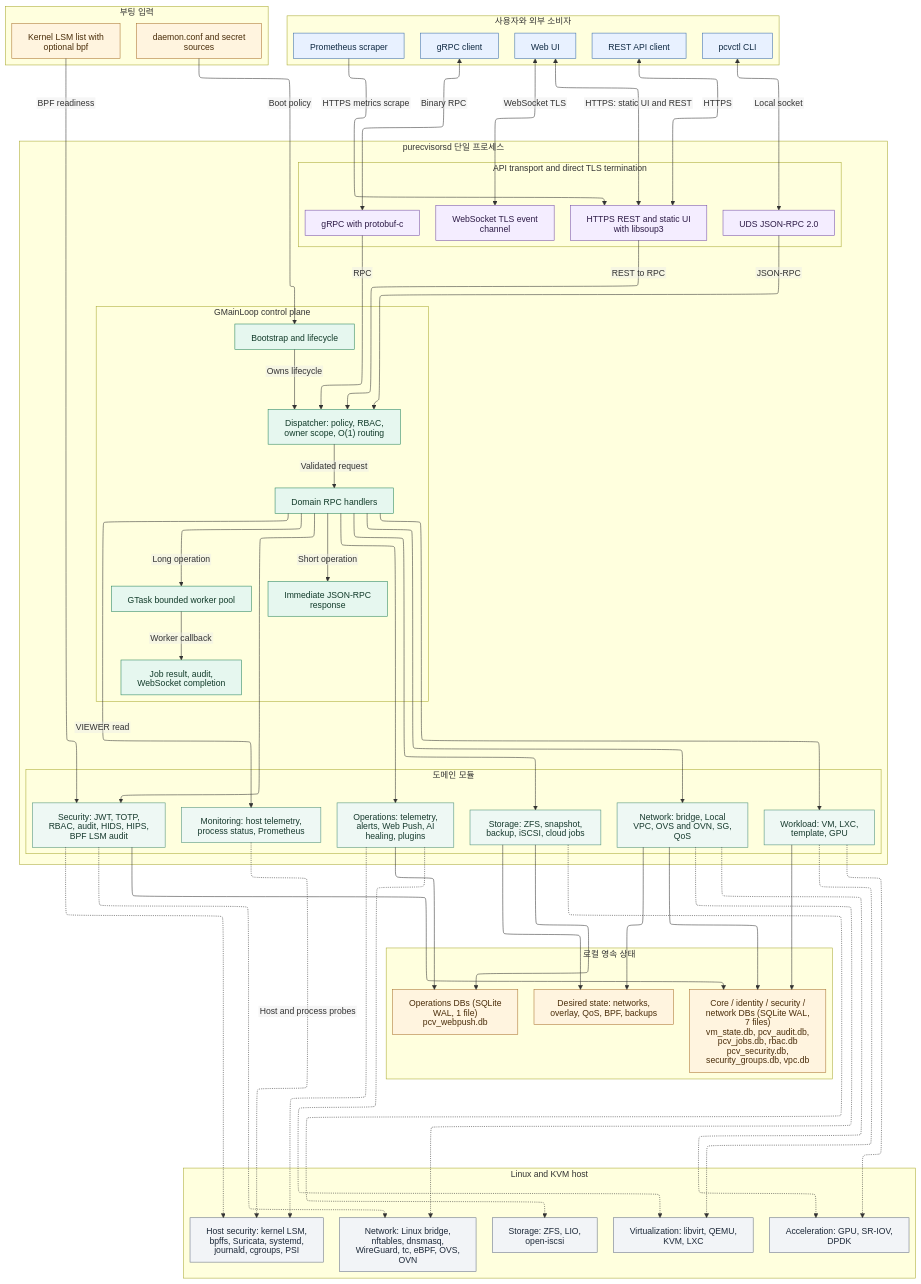
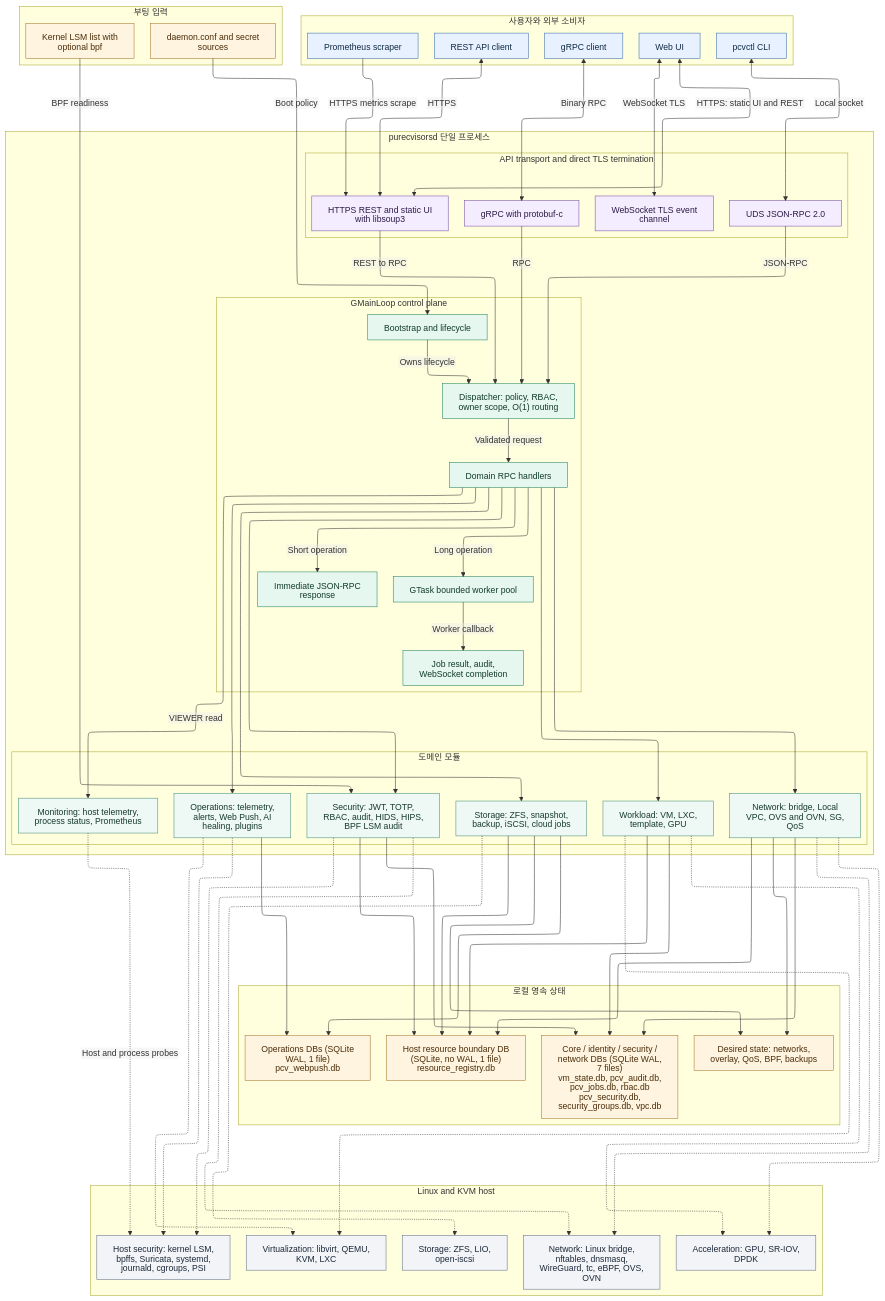
One commit to HardcoreMonk/purecvisor changed the diagram in docs/architecture/purecvisor-single-direct-https-architecture.mmd. Above: the diagram before and after it, drawn with Mermaid. The commit also changed 11 other files, not shown here.

First line of the commit message:
docs: add the resource registry DB to the architecture diagrams

```diff
--- a/docs/architecture/purecvisor-single-direct-https-architecture.mmd
+++ b/docs/architecture/purecvisor-single-direct-https-architecture.mmd
@@ -1,122 +1,127 @@
 %%{init: {"htmlLabels": false, "markdownAutoWrap": false, "flowchart": {"defaultRenderer": "elk", "htmlLabels": false, "nodeSpacing": 28, "rankSpacing": 48}}}%%
 flowchart TB
     subgraph clients ["사용자와 외부 소비자"]
         direction LR
         webUi["Web UI"]
         pcvctl["pcvctl CLI"]
         apiClient["REST API client"]
         grpcClient["gRPC client"]
         promClient["Prometheus scraper"]
     end
 
     subgraph bootInputs ["부팅 입력"]
         configStore["daemon.conf and secret sources"]
         kernelLsm["Kernel LSM list with optional bpf"]
     end
 
     subgraph daemon ["purecvisorsd 단일 프로세스"]
         direction TB
 
         subgraph transports ["API transport and direct TLS termination"]
             direction LR
             udsApi["UDS JSON-RPC 2.0"]
             restApi["HTTPS REST and static UI with libsoup3"]
             grpcApi["gRPC with protobuf-c"]
             wsApi["WebSocket TLS event channel"]
         end
 
         subgraph core ["GMainLoop control plane"]
             direction LR
             mainLoop["Bootstrap and lifecycle"]
             dispatcher["Dispatcher: policy, RBAC, owner scope, O(1) routing"]
             handlers["Domain RPC handlers"]
             syncPath["Immediate JSON-RPC response"]
             workerPool["GTask bounded worker pool"]
             completion["Job result, audit, WebSocket completion"]
         end
 
         subgraph domains ["도메인 모듈"]
             direction LR
             workloadDomain["Workload: VM, LXC, template, GPU"]
             networkDomain["Network: bridge, Local VPC, OVS and OVN, SG, QoS"]
             storageDomain["Storage: ZFS, snapshot, backup, iSCSI, cloud jobs"]
             securityDomain["Security: JWT, TOTP, RBAC, audit, HIDS, HIPS, BPF LSM audit"]
             monitorDomain["Monitoring: host telemetry, process status, Prometheus"]
             opsDomain["Operations: telemetry, alerts, Web Push, AI healing, plugins"]
         end
     end
 
     subgraph persistence ["로컬 영속 상태"]
         direction LR
         coreDb["Core / identity / security / network DBs (SQLite WAL, 7 files)<br/>vm_state.db, pcv_audit.db, pcv_jobs.db, rbac.db<br/>pcv_security.db, security_groups.db, vpc.db"]
         operationsDb["Operations DBs (SQLite WAL, 1 file)<br/>pcv_webpush.db"]
+        resourceDb["Host resource boundary DB<br/>(SQLite, no WAL, 1 file)<br/>resource_registry.db"]
         desiredStore["Desired state: networks, overlay, QoS, BPF, backups"]
     end
 
     subgraph host ["Linux and KVM host"]
         direction LR
         virtPlatform["Virtualization: libvirt, QEMU, KVM, LXC"]
         storagePlatform["Storage: ZFS, LIO, open-iscsi"]
         networkPlatform["Network: Linux bridge, nftables, dnsmasq, WireGuard, tc, eBPF, OVS, OVN"]
         securityPlatform["Host security: kernel LSM, bpffs, Suricata, systemd, journald, cgroups, PSI"]
         accelPlatform["Acceleration: GPU, SR-IOV, DPDK"]
     end
 
     webUi <-->|"HTTPS: static UI and REST"| restApi
     webUi <-->|"WebSocket TLS"| wsApi
     apiClient <-->|"HTTPS"| restApi
     promClient -->|"HTTPS metrics scrape"| restApi
     pcvctl <-->|"Local socket"| udsApi
     grpcClient <-->|"Binary RPC"| grpcApi
 
     udsApi -->|"JSON-RPC"| dispatcher
     restApi -->|"REST to RPC"| dispatcher
     grpcApi -->|"RPC"| dispatcher
     mainLoop -->|"Owns lifecycle"| dispatcher
     configStore -->|"Boot policy"| mainLoop
     kernelLsm -->|"BPF readiness"| securityDomain
 
     dispatcher -->|"Validated request"| handlers
     handlers -->|"Short operation"| syncPath
     handlers -->|"Long operation"| workerPool
     workerPool -->|"Worker callback"| completion
 
     handlers --> workloadDomain
     handlers --> networkDomain
     handlers --> storageDomain
     handlers --> securityDomain
     handlers -->|"VIEWER read"| monitorDomain
     handlers --> opsDomain
 
     workloadDomain --> coreDb
+    workloadDomain --> resourceDb
     networkDomain --> desiredStore
     networkDomain --> coreDb
+    networkDomain --> resourceDb
     storageDomain --> desiredStore
     storageDomain --> operationsDb
+    storageDomain --> resourceDb
     securityDomain --> coreDb
+    securityDomain --> resourceDb
     opsDomain --> operationsDb
 
     workloadDomain -.-> virtPlatform
     workloadDomain -.-> accelPlatform
     networkDomain -.-> networkPlatform
     networkDomain -.-> accelPlatform
     storageDomain -.-> storagePlatform
     securityDomain -.-> networkPlatform
     securityDomain -.-> securityPlatform
     monitorDomain -.->|"Host and process probes"| securityPlatform
     opsDomain -.-> virtPlatform
     opsDomain -.-> securityPlatform
 
     classDef clientNode fill:#e8f1ff,stroke:#3b6ea8,color:#102a43,stroke-width:1px;
     classDef ingressNode fill:#f4edff,stroke:#7650a8,color:#2d1b46,stroke-width:1px;
     classDef runtimeNode fill:#e6f7ef,stroke:#27845d,color:#123b2a,stroke-width:1px;
     classDef domainNode fill:#eef8f4,stroke:#4a8f76,color:#173a2e,stroke-width:1px;
     classDef dataNode fill:#fff4df,stroke:#aa7430,color:#4a2d0a,stroke-width:1px;
     classDef hostNode fill:#f2f4f7,stroke:#667085,color:#1d2939,stroke-width:1px;
 
     class webUi,pcvctl,apiClient,grpcClient,promClient clientNode;
     class udsApi,restApi,grpcApi,wsApi ingressNode;
     class mainLoop,dispatcher,handlers,syncPath,workerPool,completion runtimeNode;
     class workloadDomain,networkDomain,storageDomain,securityDomain,monitorDomain,opsDomain domainNode;
-    class configStore,kernelLsm,coreDb,operationsDb,desiredStore dataNode;
+    class configStore,kernelLsm,coreDb,operationsDb,resourceDb,desiredStore dataNode;
     class virtPlatform,storagePlatform,networkPlatform,securityPlatform,accelPlatform hostNode;
```
